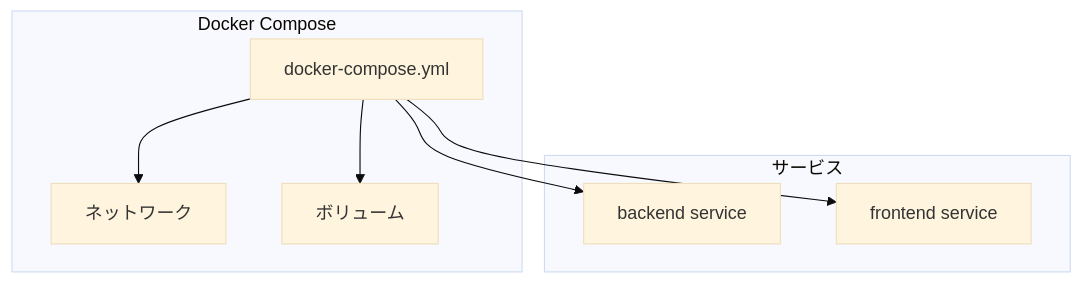
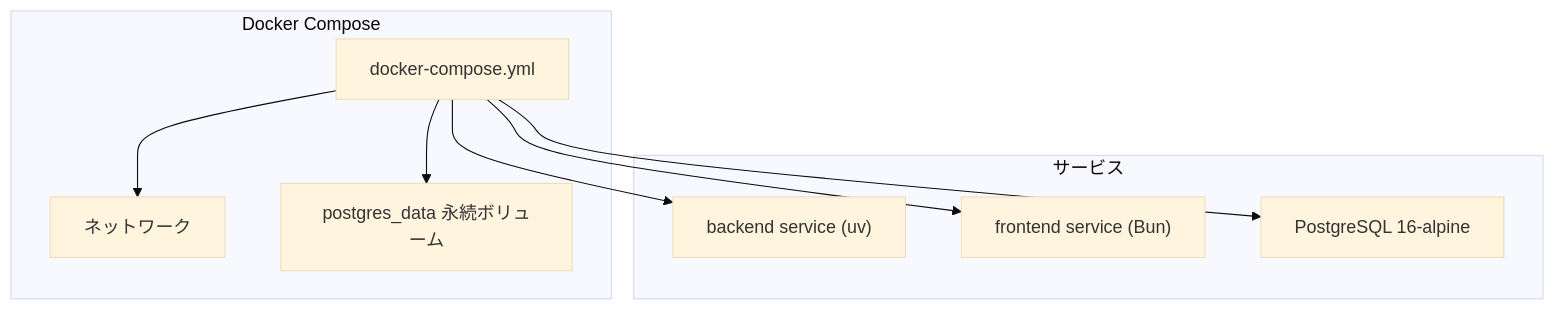
Before and after one commit to ss8806/Todos: the fifth of 6 diagrams in .qoder/repowiki/ja/content/プロジェクト概要.md, drawn with Mermaid (base theme). The commit also changed other lines of this file and 6 other files, not shown here.

````diff
--- a/.qoder/repowiki/ja/content/プロジェクト概要.md
+++ b/.qoder/repowiki/ja/content/プロジェクト概要.md
@@ -243,16 +276,18 @@
 ```mermaid
 graph TB
 subgraph "Docker Compose"
 DC["docker-compose.yml"]
 NET["ネットワーク"]
-VOL["ボリューム"]
+VOL["postgres_data 永続ボリューム"]
 end
 subgraph "サービス"
-BE["backend service"]
-FE["frontend service"]
+BE["backend service (uv)"]
+FE["frontend service (Bun)"]
+DB["PostgreSQL 16-alpine"]
 end
 DC --> NET
 DC --> VOL
 DC --> BE
 DC --> FE
+DC --> DB
 ```
````
